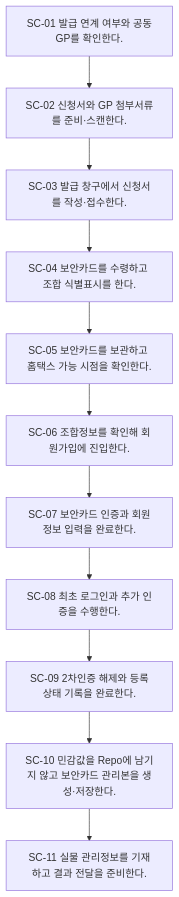
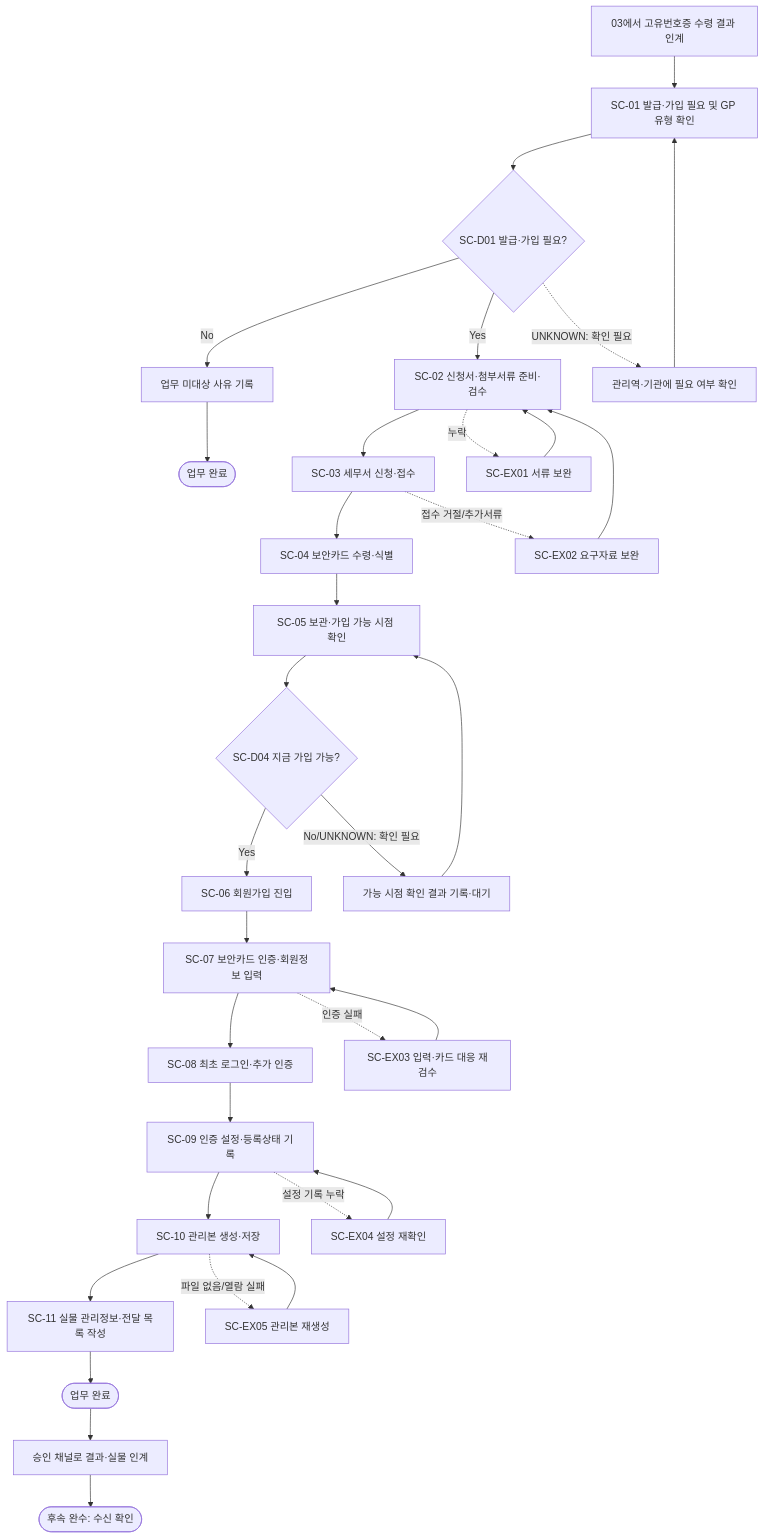
The diagram in processes/04-security-card-hometax.md (sjjeong-tech/orca_automation), drawn with Mermaid before and after one commit. The commit also changed other lines of this file and 7 other files, not shown here.

````diff
--- a/processes/04-security-card-hometax.md
+++ b/processes/04-security-card-hometax.md
@@ -103,24 +130,27 @@
 ```mermaid
 flowchart TD
-    A["SC-01 발급 연계 여부와 공동GP를 확인한다."]
-    B["SC-02 신청서와 GP 첨부서류를 준비·스캔한다."]
-    C["SC-03 발급 창구에서 신청서를 작성·접수한다."]
-    D["SC-04 보안카드를 수령하고 조합 식별표시를 한다."]
-    E["SC-05 보안카드를 보관하고 홈택스 가능 시점을 확인한다."]
-    F["SC-06 조합정보를 확인해 회원가입에 진입한다."]
-    G["SC-07 보안카드 인증과 회원정보 입력을 완료한다."]
-    H["SC-08 최초 로그인과 추가 인증을 수행한다."]
-    I["SC-09 2차인증 해제와 등록상태 기록을 완료한다."]
-    J["SC-10 민감값을 Repo에 남기지 않고 보안카드 관리본을 생성·저장한다."]
-    K["SC-11 실물 관리정보를 기재하고 결과 전달을 준비한다."]
-    A --> B
-    B --> C
-    C --> D
-    D --> E
-    E --> F
-    F --> G
-    G --> H
-    H --> I
-    I --> J
-    J --> K
+    IN["03에서 고유번호증 수령 결과 인계"] --> A["SC-01 발급·가입 필요 및 GP 유형 확인"]
+    A --> D1{"SC-D01 발급·가입 필요?"}
+    D1 -- "No" --> N["업무 미대상 사유 기록"] --> END1(["업무 완료"])
+    D1 -- "Yes" --> B["SC-02 신청서·첨부서류 준비·검수"]
+    D1 -. "UNKNOWN: 확인 필요" .-> U1["관리역·기관에 필요 여부 확인"] --> A
+    B --> C["SC-03 세무서 신청·접수"]
+    C --> D["SC-04 보안카드 수령·식별"]
+    D --> E["SC-05 보관·가입 가능 시점 확인"]
+    E --> D4{"SC-D04 지금 가입 가능?"}
+    D4 -- "Yes" --> F["SC-06 회원가입 진입"]
+    D4 -- "No/UNKNOWN: 확인 필요" --> W["가능 시점 확인 결과 기록·대기"] --> E
+    F --> G["SC-07 보안카드 인증·회원정보 입력"]
+    G --> H["SC-08 최초 로그인·추가 인증"]
+    H --> I["SC-09 인증 설정·등록상태 기록"]
+    I --> J["SC-10 관리본 생성·저장"]
+    J --> K["SC-11 실물 관리정보·전달 목록 작성"]
+    K --> DONE(["업무 완료"])
+    DONE --> HAND["승인 채널로 결과·실물 인계"] --> FOLLOW(["후속 완수: 수신 확인"])
+
+    B -. "누락" .-> X1["SC-EX01 서류 보완"] --> B
+    C -. "접수 거절/추가서류" .-> X2["SC-EX02 요구자료 보완"] --> B
+    G -. "인증 실패" .-> X3["SC-EX03 입력·카드 대응 재검수"] --> G
+    I -. "설정 기록 누락" .-> X4["SC-EX04 설정 재확인"] --> I
+    J -. "파일 없음/열람 실패" .-> X5["SC-EX05 관리본 재생성"] --> J
 ```
````
